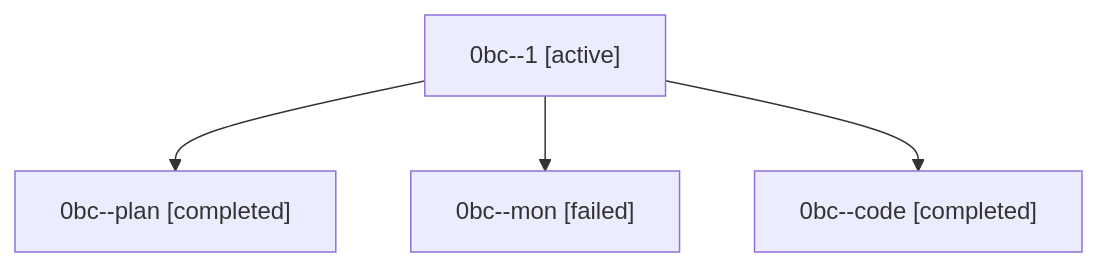
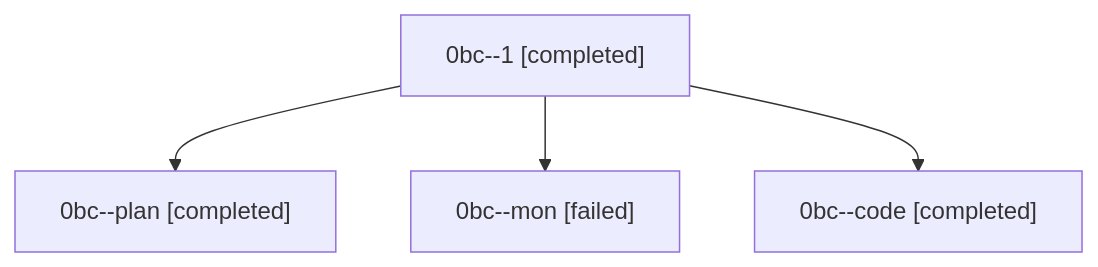
The diagram in sessions/bbugyi200.athena.0bc.md (sase-org/sase--agents), drawn with Mermaid before and after one commit. The commit also changed other lines of this file and 6 other files, not shown here.

````diff
--- a/sessions/bbugyi200.athena.0bc.md
+++ b/sessions/bbugyi200.athena.0bc.md
@@ -9,10 +9,10 @@
 ```mermaid
 flowchart TD
-  n0["0bc--1 [active]"]
+  n0["0bc--1 [completed]"]
   n1["0bc--plan [completed]"]
   n0 --> n1
   n2["0bc--mon [failed]"]
   n0 --> n2
   n3["0bc--code [completed]"]
   n0 --> n3
 ```
````
